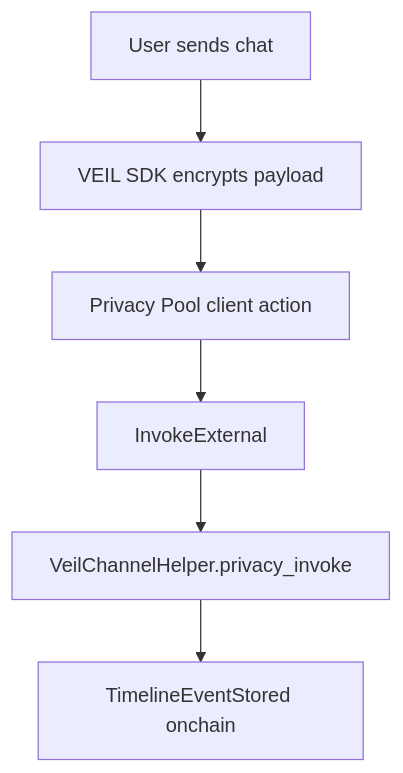
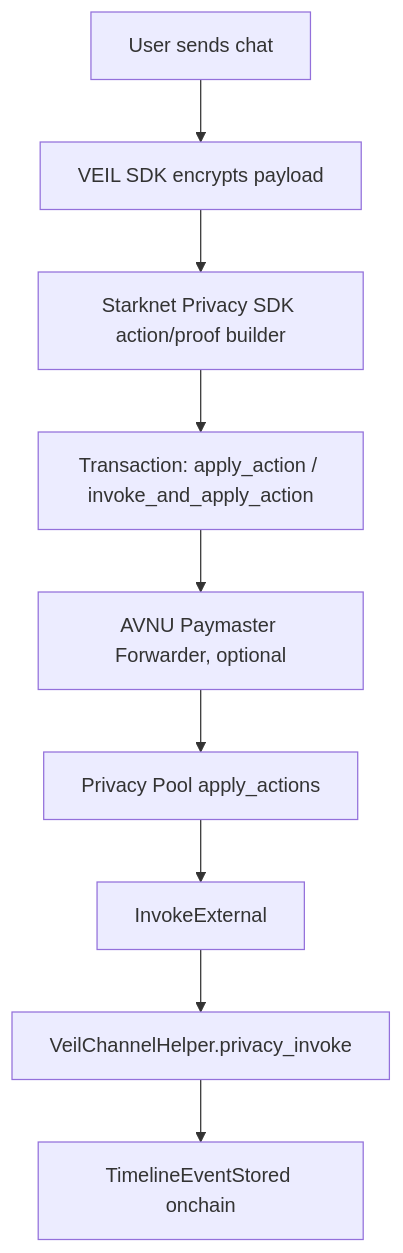
One commit to DXJLabs/velix changed the second of 2 diagrams in docs/onchain-chat-testnet.md. Above: the diagram before and after it, drawn with Mermaid. The commit also changed other lines of this file and 16 other files, not shown here.

````diff
--- a/docs/onchain-chat-testnet.md
+++ b/docs/onchain-chat-testnet.md
@@ -41,8 +41,11 @@
 ```mermaid
 flowchart TD
   A["User sends chat"] --> B["VEIL SDK encrypts payload"]
-  B --> C["Privacy Pool client action"]
-  C --> D["InvokeExternal"]
-  D --> E["VeilChannelHelper.privacy_invoke"]
-  E --> F["TimelineEventStored onchain"]
+  B --> C["Starknet Privacy SDK action/proof builder"]
+  C --> D["Transaction: apply_action / invoke_and_apply_action"]
+  D --> E["AVNU Paymaster Forwarder, optional"]
+  E --> F["Privacy Pool apply_actions"]
+  F --> G["InvokeExternal"]
+  G --> H["VeilChannelHelper.privacy_invoke"]
+  H --> I["TimelineEventStored onchain"]
 ```
````
